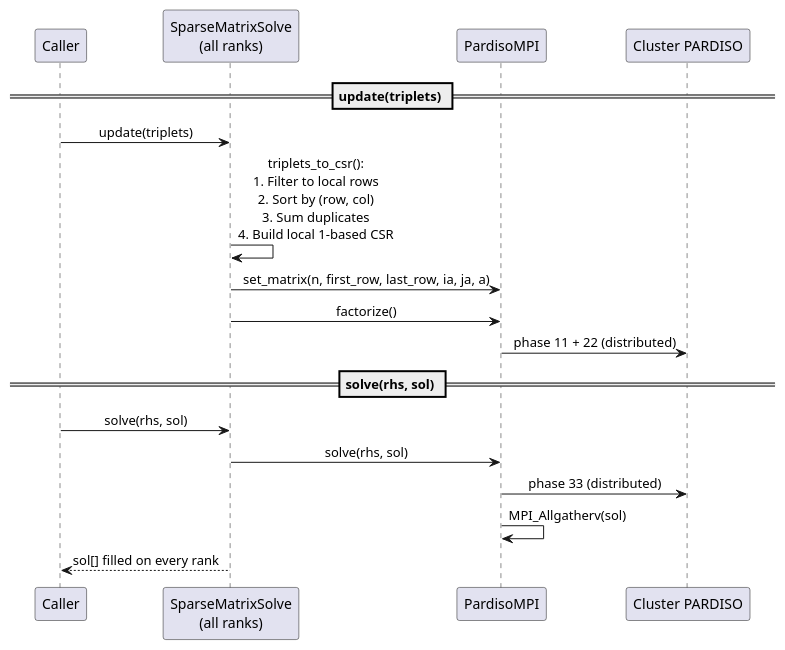
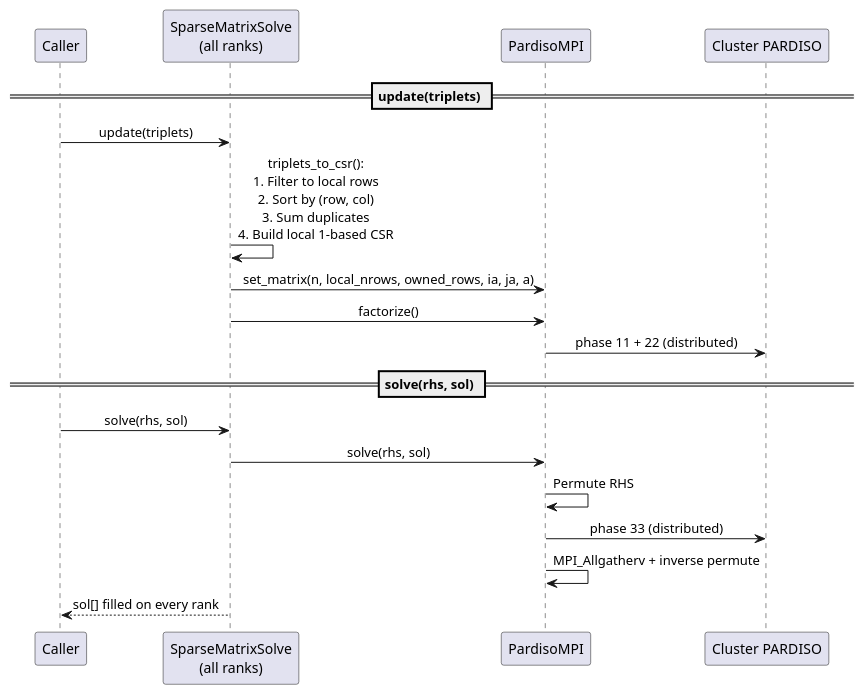
Before and after one commit to kyungminlee/pardiso-mpi: the second of 2 diagrams in DEVELOPER.md, drawn with PlantUML. The commit also changed other lines of this file and 5 other files, not shown here.

````diff
--- a/DEVELOPER.md
+++ b/DEVELOPER.md
@@ -180,31 +192,32 @@
 ```plantuml
 @startuml sparse_matrix_solve_sequence
 skinparam sequenceMessageAlign center
 skinparam participantPadding 20
 
 participant "Caller"              as C
 participant "SparseMatrixSolve\n(all ranks)" as S
 participant "PardisoMPI"          as PM
 participant "Cluster PARDISO"     as P
 
 == update(triplets) ==
 
 C -> S : update(triplets)
 
 S -> S : triplets_to_csr():\n1. Filter to local rows\n2. Sort by (row, col)\n3. Sum duplicates\n4. Build local 1-based CSR
 
-S -> PM : set_matrix(n, first_row, last_row, ia, ja, a)
+S -> PM : set_matrix(n, local_nrows, owned_rows, ia, ja, a)
 S -> PM : factorize()
 PM -> P : phase 11 + 22 (distributed)
 
 == solve(rhs, sol) ==
 
 C -> S : solve(rhs, sol)
 S -> PM : solve(rhs, sol)
+PM -> PM : Permute RHS
 PM -> P : phase 33 (distributed)
-PM -> PM : MPI_Allgatherv(sol)
+PM -> PM : MPI_Allgatherv + inverse permute
 
 S --> C : sol[] filled on every rank
 
 @enduml
 ```
````
